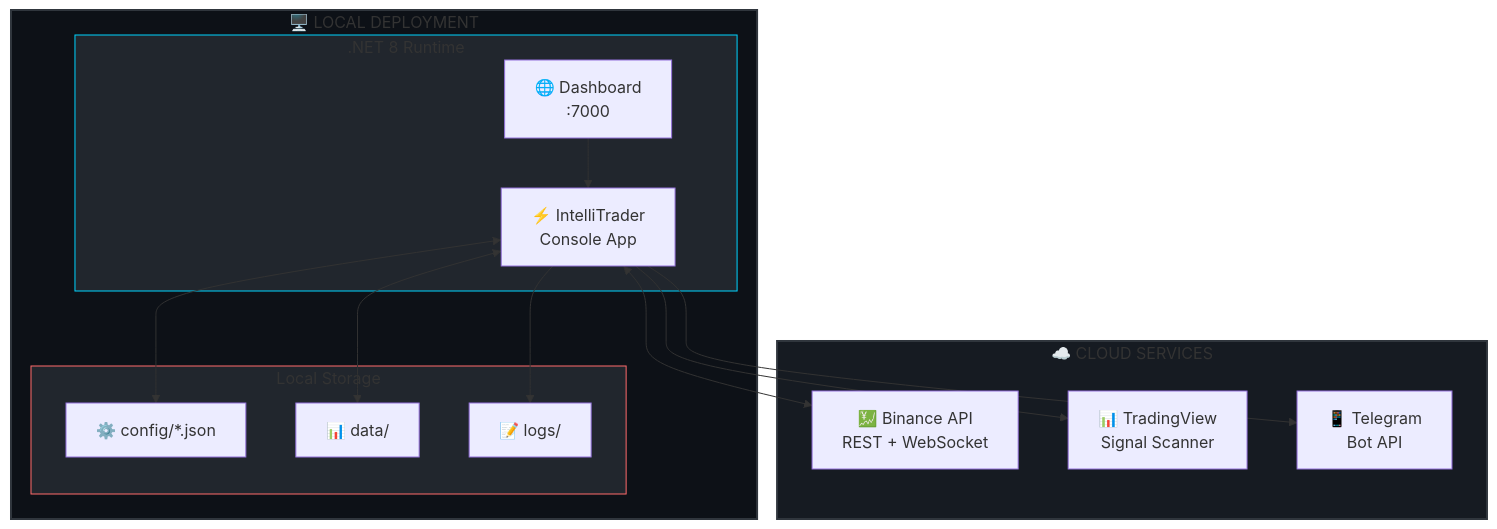
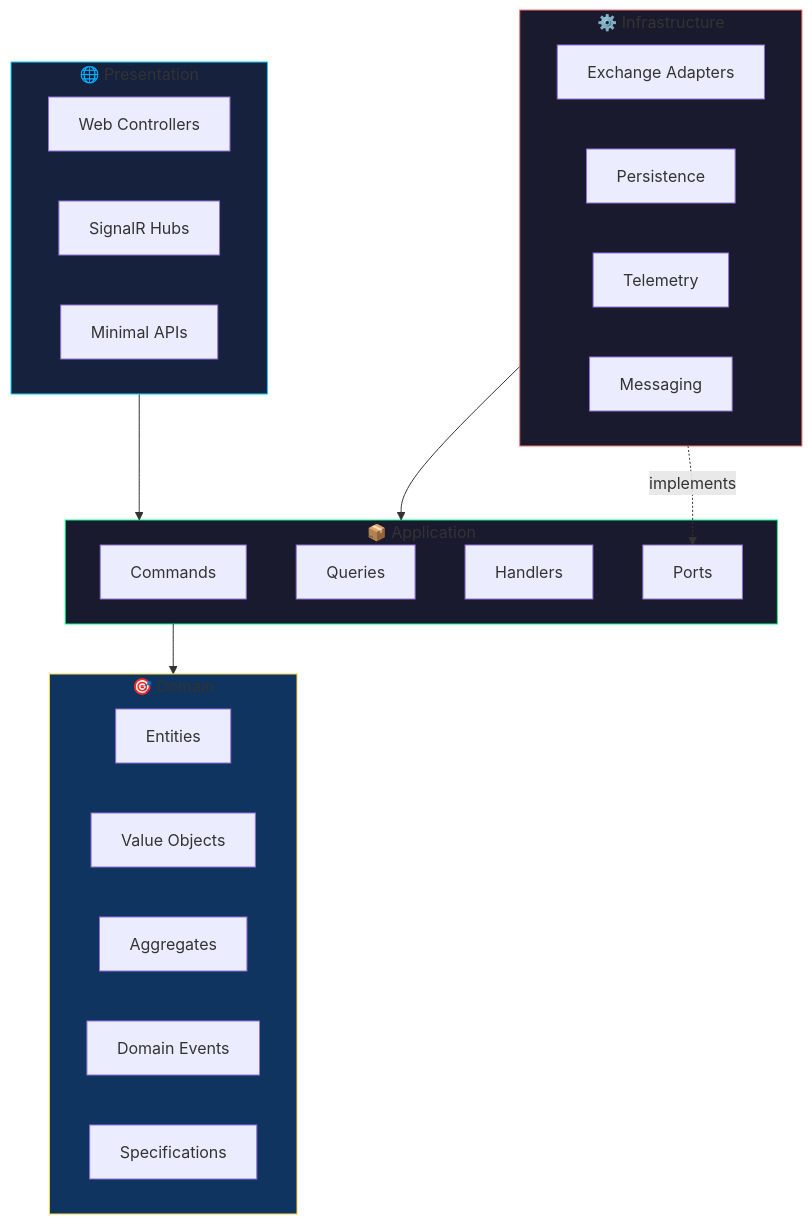
One commit to blackms/IntelliTrader changed the fourth of 5 diagrams in README.md. Above: the diagram before and after it, drawn with Mermaid. The commit also changed other lines of this file, not shown here.

First line of the commit message:
docs(readme): modernize README with startup-grade styling and mermaid diagrams

````diff
--- a/README.md
+++ b/README.md
@@ -293,33 +336,40 @@
 ```mermaid
 graph TB
-    subgraph LOCAL["🖥️ LOCAL DEPLOYMENT"]
-        subgraph RUNTIME[".NET 8 Runtime"]
-            BOT["⚡ IntelliTrader<br/>Console App"]
-            WEB["🌐 Dashboard<br/>:7000"]
-        end
-        subgraph STORAGE["Local Storage"]
-            CFG["⚙️ config/*.json"]
-            DATA["📊 data/"]
-            LOGS["📝 logs/"]
-        end
+    subgraph PRESENTATION["🌐 Presentation"]
+        WEB["Web Controllers"]
+        HUB["SignalR Hubs"]
+        MINI["Minimal APIs"]
     end
 
-    subgraph CLOUD["☁️ CLOUD SERVICES"]
-        BINANCE["💹 Binance API<br/>REST + WebSocket"]
-        TRADINGVIEW["📊 TradingView<br/>Signal Scanner"]
-        TELEGRAM["📱 Telegram<br/>Bot API"]
+    subgraph APPLICATION["📦 Application"]
+        CMD["Commands"]
+        QRY["Queries"]
+        HDL["Handlers"]
+        PRT["Ports"]
     end
 
-    BOT <--> BINANCE
-    BOT --> TRADINGVIEW
-    BOT --> TELEGRAM
-    BOT <--> CFG
-    BOT <--> DATA
-    BOT --> LOGS
-    WEB --> BOT
+    subgraph DOMAIN["🎯 Domain"]
+        ENT["Entities"]
+        VAL["Value Objects"]
+        AGG["Aggregates"]
+        EVT["Domain Events"]
+        SPC["Specifications"]
+    end
 
-    style LOCAL fill:#0d1117,stroke:#30363d,stroke-width:2px
-    style CLOUD fill:#161b22,stroke:#30363d,stroke-width:2px
-    style RUNTIME fill:#21262d,stroke:#00d4ff,stroke-width:1px
-    style STORAGE fill:#21262d,stroke:#ff6b6b,stroke-width:1px
+    subgraph INFRASTRUCTURE["⚙️ Infrastructure"]
+        EXC["Exchange Adapters"]
+        PST["Persistence"]
+        TEL["Telemetry"]
+        MSG["Messaging"]
+    end
+
+    PRESENTATION --> APPLICATION
+    APPLICATION --> DOMAIN
+    INFRASTRUCTURE --> APPLICATION
+    INFRASTRUCTURE -.->|"implements"| PRT
+
+    style PRESENTATION fill:#16213e,stroke:#00d4ff
+    style APPLICATION fill:#1a1a2e,stroke:#00ff88
+    style DOMAIN fill:#0f3460,stroke:#ffd93d
+    style INFRASTRUCTURE fill:#1a1a2e,stroke:#ff6b6b
 ```
````
